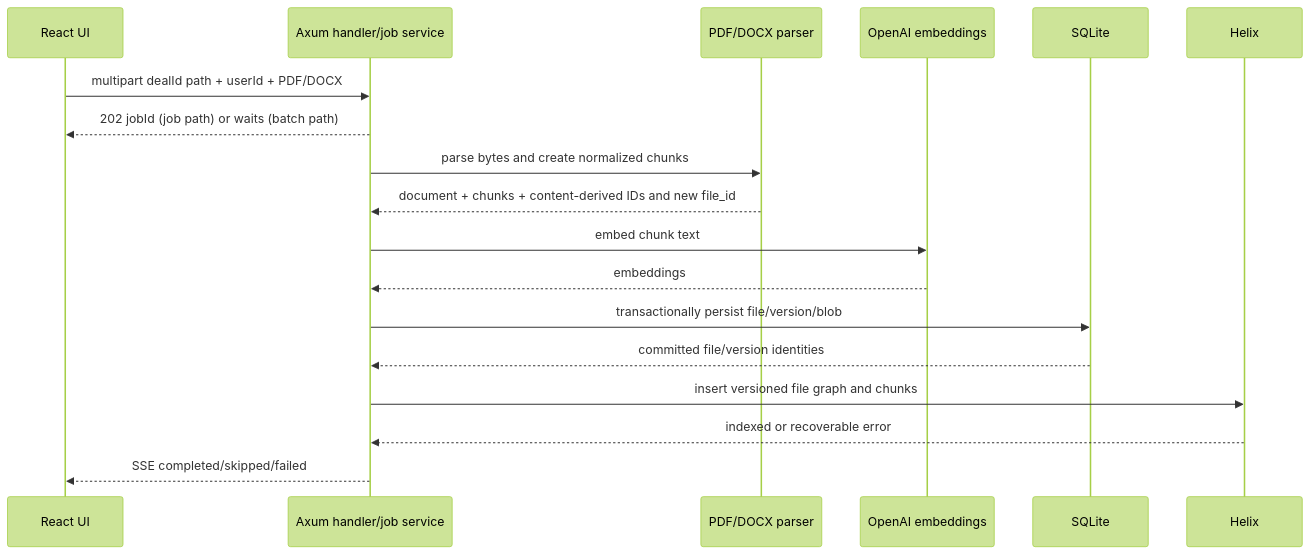
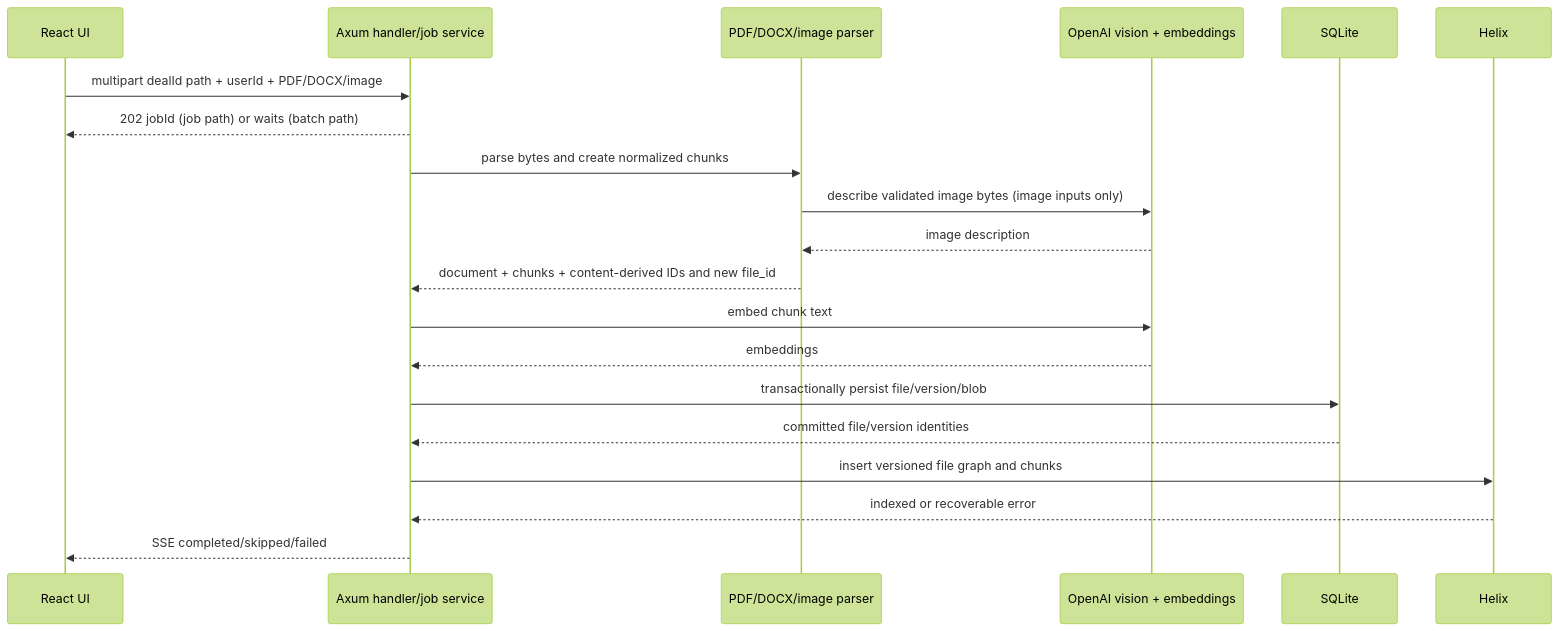
Before and after one commit to ratik-gambhir-WM/Quarry: the third of 3 diagrams in docs/ARCHITECTURE.md, drawn with Mermaid (forest theme). The commit also changed other lines of this file and 15 other files, not shown here.

````diff
--- a/docs/ARCHITECTURE.md
+++ b/docs/ARCHITECTURE.md
@@ -1053,21 +1055,23 @@
 ```mermaid
 sequenceDiagram
     participant UI as React UI
     participant API as Axum handler/job service
-    participant Parser as PDF/DOCX parser
-    participant AI as OpenAI embeddings
+    participant Parser as PDF/DOCX/image parser
+    participant AI as OpenAI vision + embeddings
     participant SQL as SQLite
     participant H as Helix
 
-    UI->>API: multipart dealId path + userId + PDF/DOCX
+    UI->>API: multipart dealId path + userId + PDF/DOCX/image
     API-->>UI: 202 jobId (job path) or waits (batch path)
     API->>Parser: parse bytes and create normalized chunks
+    Parser->>AI: describe validated image bytes (image inputs only)
+    AI-->>Parser: image description
     Parser-->>API: document + chunks + content-derived IDs and new file_id
     API->>AI: embed chunk text
     AI-->>API: embeddings
     API->>SQL: transactionally persist file/version/blob
     SQL-->>API: committed file/version identities
     API->>H: insert versioned file graph and chunks
     H-->>API: indexed or recoverable error
     API-->>UI: SSE completed/skipped/failed
 ```
````
